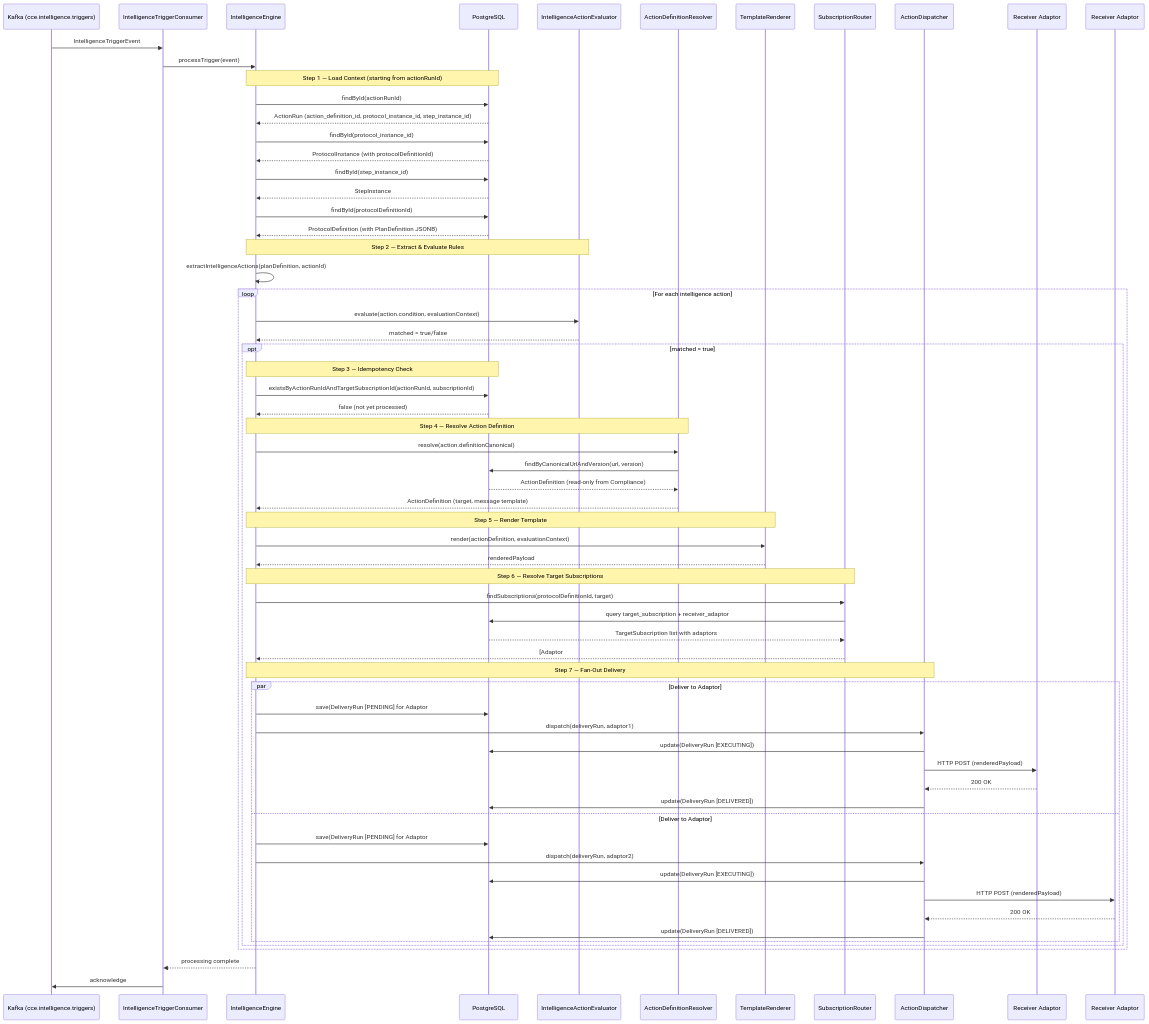
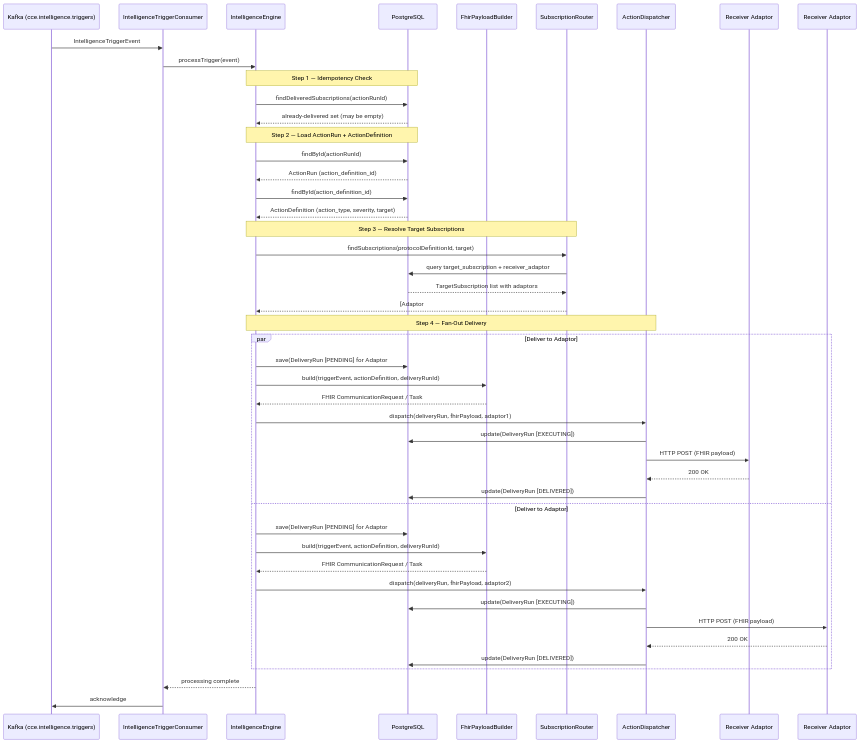
The second of 12 diagrams in docs/flow-diagrams.md (Jayaprakash8887/cce-intelligence-service), drawn with Mermaid before and after one commit. The commit also changed other lines of this file and 3 other files, not shown here.

````diff
--- a/docs/flow-diagrams.md
+++ b/docs/flow-diagrams.md
@@ -64,76 +59,55 @@
 ```mermaid
 sequenceDiagram
     participant Kafka as Kafka (cce.intelligence.triggers)
     participant Consumer as IntelligenceTriggerConsumer
     participant Engine as IntelligenceEngine
     participant DB as PostgreSQL
-    participant Evaluator as IntelligenceActionEvaluator
-    participant Resolver as ActionDefinitionResolver
-    participant Renderer as TemplateRenderer
+    participant Builder as FhirPayloadBuilder
     participant Router as SubscriptionRouter
     participant Dispatcher as ActionDispatcher
     participant Webhook1 as Receiver Adaptor #1
     participant Webhook2 as Receiver Adaptor #2
 
     Kafka->>Consumer: IntelligenceTriggerEvent
     Consumer->>Engine: processTrigger(event)
 
-    Note over Engine,DB: Step 1 — Load Context (starting from actionRunId)
+    Note over Engine,DB: Step 1 — Idempotency Check
+    Engine->>DB: findDeliveredSubscriptions(actionRunId)
+    DB-->>Engine: already-delivered set (may be empty)
+
+    Note over Engine,DB: Step 2 — Load ActionRun + ActionDefinition
     Engine->>DB: findById(actionRunId)
-    DB-->>Engine: ActionRun (action_definition_id, protocol_instance_id, step_instance_id)
-    Engine->>DB: findById(protocol_instance_id)
-    DB-->>Engine: ProtocolInstance (with protocolDefinitionId)
-    Engine->>DB: findById(step_instance_id)
-    DB-->>Engine: StepInstance
-    Engine->>DB: findById(protocolDefinitionId)
-    DB-->>Engine: ProtocolDefinition (with PlanDefinition JSONB)
+    DB-->>Engine: ActionRun (action_definition_id)
+    Engine->>DB: findById(action_definition_id)
+    DB-->>Engine: ActionDefinition (action_type, severity, target)
 
-    Note over Engine,Evaluator: Step 2 — Extract & Evaluate Rules
-    Engine->>Engine: extractIntelligenceActions(planDefinition, actionId)
-    loop For each intelligence action
-        Engine->>Evaluator: evaluate(action.condition, evaluationContext)
-        Evaluator-->>Engine: matched = true/false
+    Note over Engine,Router: Step 3 — Resolve Target Subscriptions
+    Engine->>Router: findSubscriptions(protocolDefinitionId, target)
+    Router->>DB: query target_subscription + receiver_adaptor
+    DB-->>Router: TargetSubscription list with adaptors
+    Router-->>Engine: [Adaptor #1, Adaptor #2] minus already-delivered
 
-        opt matched = true
-            Note over Engine,DB: Step 3 — Idempotency Check
-            Engine->>DB: existsByActionRunIdAndTargetSubscriptionId(actionRunId, subscriptionId)
-            DB-->>Engine: false (not yet processed)
-
-            Note over Engine,Resolver: Step 4 — Resolve Action Definition
-            Engine->>Resolver: resolve(action.definitionCanonical)
-            Resolver->>DB: findByCanonicalUrlAndVersion(url, version)
-            DB-->>Resolver: ActionDefinition (read-only from Compliance)
-            Resolver-->>Engine: ActionDefinition (target, message template)
-
-            Note over Engine,Renderer: Step 5 — Render Template
-            Engine->>Renderer: render(actionDefinition, evaluationContext)
-            Renderer-->>Engine: renderedPayload
-
-            Note over Engine,Router: Step 6 — Resolve Target Subscriptions
-            Engine->>Router: findSubscriptions(protocolDefinitionId, target)
-            Router->>DB: query target_subscription + receiver_adaptor
-            DB-->>Router: TargetSubscription list with adaptors
-            Router-->>Engine: [Adaptor #1, Adaptor #2]
-
-            Note over Engine,Dispatcher: Step 7 — Fan-Out Delivery
-            par Deliver to Adaptor #1
-                Engine->>DB: save(DeliveryRun [PENDING] for Adaptor #1)
-                Engine->>Dispatcher: dispatch(deliveryRun, adaptor1)
-                Dispatcher->>DB: update(DeliveryRun [EXECUTING])
-                Dispatcher->>Webhook1: HTTP POST (renderedPayload)
-                Webhook1-->>Dispatcher: 200 OK
-                Dispatcher->>DB: update(DeliveryRun [DELIVERED])
-            and Deliver to Adaptor #2
-                Engine->>DB: save(DeliveryRun [PENDING] for Adaptor #2)
-                Engine->>Dispatcher: dispatch(deliveryRun, adaptor2)
-                Dispatcher->>DB: update(DeliveryRun [EXECUTING])
-                Dispatcher->>Webhook2: HTTP POST (renderedPayload)
-                Webhook2-->>Dispatcher: 200 OK
-                Dispatcher->>DB: update(DeliveryRun [DELIVERED])
-            end
-        end
+    Note over Engine,Dispatcher: Step 4 — Fan-Out Delivery
+    par Deliver to Adaptor #1
+        Engine->>DB: save(DeliveryRun [PENDING] for Adaptor #1)
+        Engine->>Builder: build(triggerEvent, actionDefinition, deliveryRunId)
+        Builder-->>Engine: FHIR CommunicationRequest / Task
+        Engine->>Dispatcher: dispatch(deliveryRun, fhirPayload, adaptor1)
+        Dispatcher->>DB: update(DeliveryRun [EXECUTING])
+        Dispatcher->>Webhook1: HTTP POST (FHIR payload)
+        Webhook1-->>Dispatcher: 200 OK
+        Dispatcher->>DB: update(DeliveryRun [DELIVERED])
+    and Deliver to Adaptor #2
+        Engine->>DB: save(DeliveryRun [PENDING] for Adaptor #2)
+        Engine->>Builder: build(triggerEvent, actionDefinition, deliveryRunId)
+        Builder-->>Engine: FHIR CommunicationRequest / Task
+        Engine->>Dispatcher: dispatch(deliveryRun, fhirPayload, adaptor2)
+        Dispatcher->>DB: update(DeliveryRun [EXECUTING])
+        Dispatcher->>Webhook2: HTTP POST (FHIR payload)
+        Webhook2-->>Dispatcher: 200 OK
+        Dispatcher->>DB: update(DeliveryRun [DELIVERED])
     end
 
     Engine-->>Consumer: processing complete
     Consumer->>Kafka: acknowledge
 ```
````
